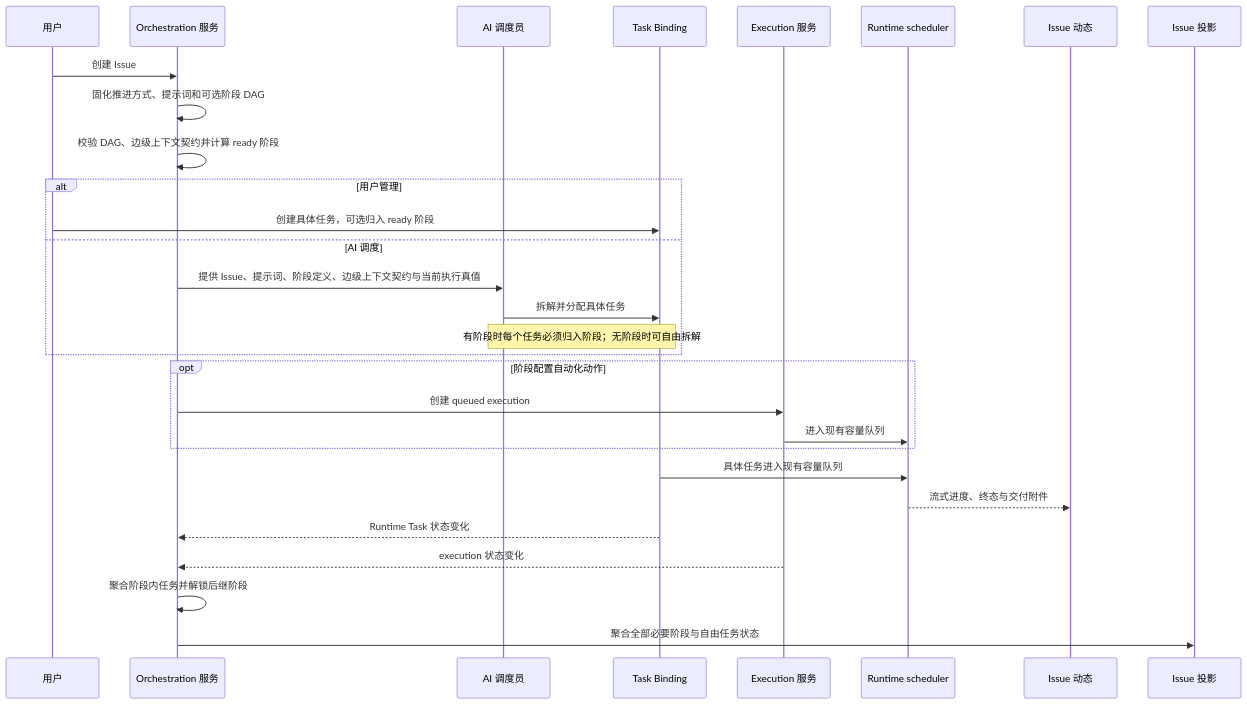
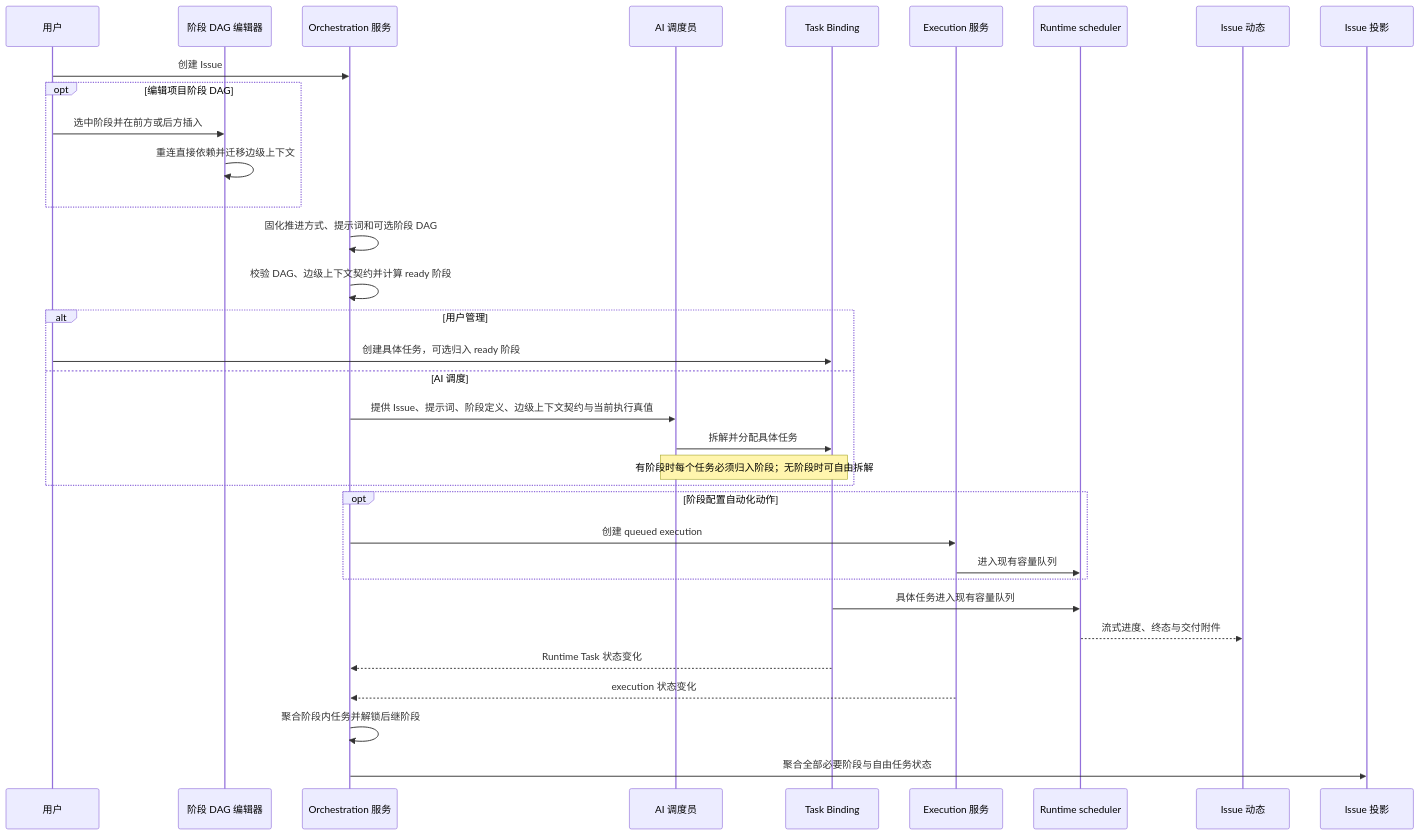
Before and after one commit to wecode-ai/Wegent: the second of 2 diagrams in docs/zh/architecture/issue-task-workflow.md, drawn with Mermaid. The commit also changed other lines of this file and 8 other files, not shown here.

````diff
--- a/docs/zh/architecture/issue-task-workflow.md
+++ b/docs/zh/architecture/issue-task-workflow.md
@@ -39,32 +40,37 @@
 ```mermaid
 sequenceDiagram
     participant U as 用户
+    participant G as 阶段 DAG 编辑器
     participant O as Orchestration 服务
     participant A as AI 调度员
     participant B as Task Binding
     participant E as Execution 服务
     participant R as Runtime scheduler
     participant D as Issue 动态
     participant I as Issue 投影
 
     U->>O: 创建 Issue
+    opt 编辑项目阶段 DAG
+        U->>G: 选中阶段并在前方或后方插入
+        G->>G: 重连直接依赖并迁移边级上下文
+    end
     O->>O: 固化推进方式、提示词和可选阶段 DAG
     O->>O: 校验 DAG、边级上下文契约并计算 ready 阶段
     alt 用户管理
         U->>B: 创建具体任务，可选归入 ready 阶段
     else AI 调度
         O->>A: 提供 Issue、提示词、阶段定义、边级上下文契约与当前执行真值
         A->>B: 拆解并分配具体任务
         Note over A,B: 有阶段时每个任务必须归入阶段；无阶段时可自由拆解
     end
     opt 阶段配置自动化动作
         O->>E: 创建 queued execution
         E->>R: 进入现有容量队列
     end
     B->>R: 具体任务进入现有容量队列
     R-->>D: 流式进度、终态与交付附件
     B-->>O: Runtime Task 状态变化
     E-->>O: execution 状态变化
     O->>O: 聚合阶段内任务并解锁后继阶段
     O->>I: 聚合全部必要阶段与自由任务状态
 ```
````
